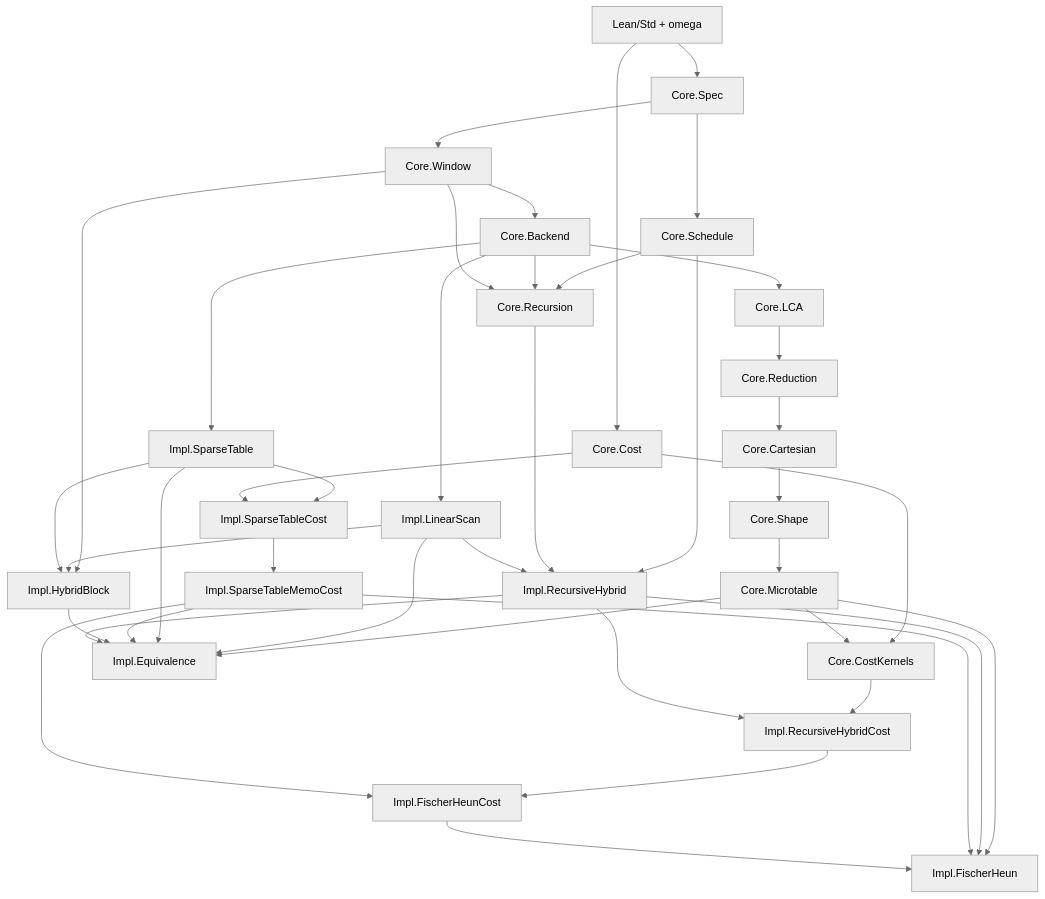
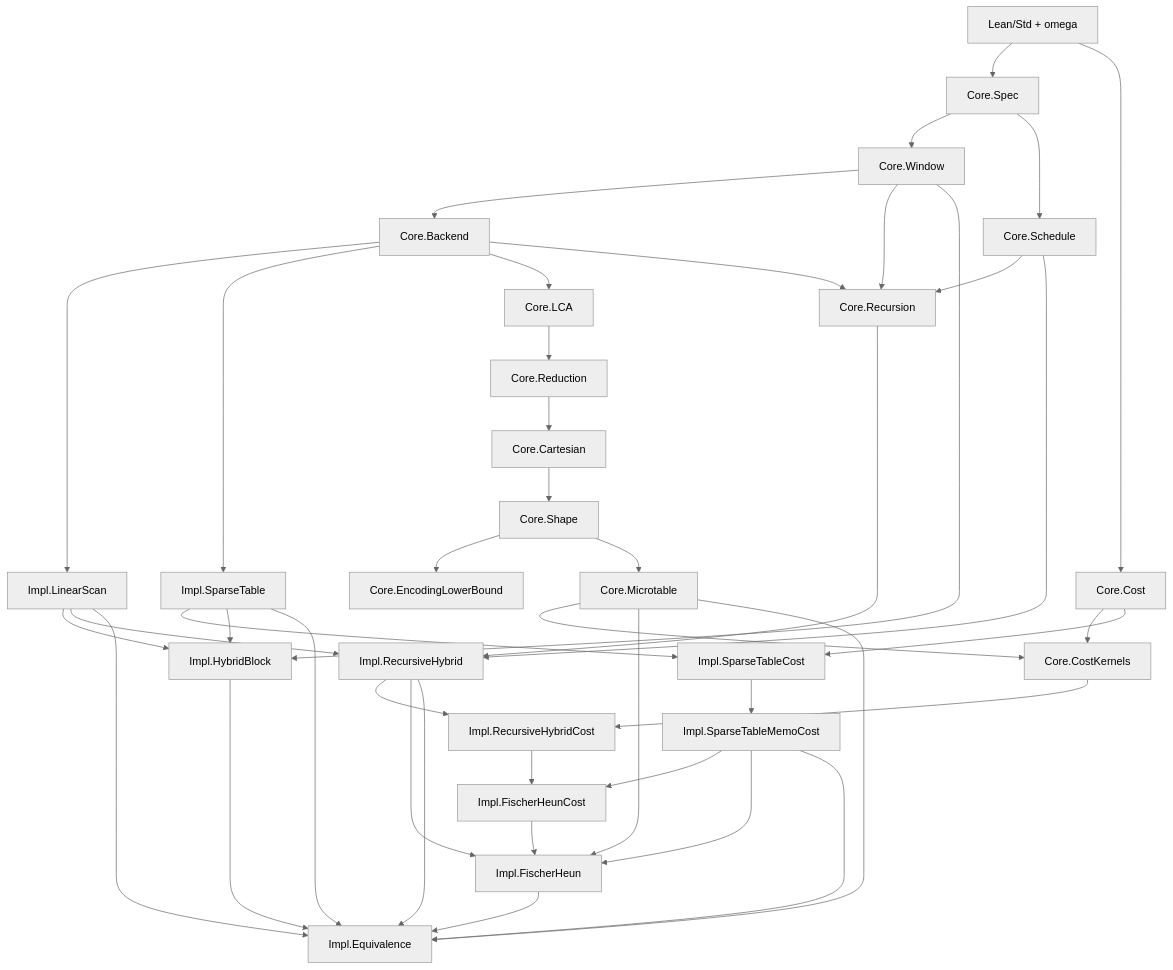
The diagram in docs/FAMILY_SUMMARY.md (patternscientist/rmq), drawn with Mermaid (neutral theme) before and after one commit. The commit also changed other lines of this file and 4 other files, not shown here.

Commit message:
Add Fischer-Heun equivalence and encoding lower-bound scaffold

````diff
--- a/docs/FAMILY_SUMMARY.md
+++ b/docs/FAMILY_SUMMARY.md
@@ -32,56 +35,58 @@
 ```mermaid
 flowchart TD
   Std["Lean/Std + omega"]
 
   Std --> Spec["Core.Spec"]
   Std --> Cost["Core.Cost"]
 
   Spec --> Window["Core.Window"]
   Window --> Backend["Core.Backend"]
   Spec --> Schedule["Core.Schedule"]
 
   Backend --> LinearScan["Impl.LinearScan"]
   Backend --> SparseTable["Impl.SparseTable"]
   Backend --> LCA["Core.LCA"]
   LCA --> Reduction["Core.Reduction"]
   Reduction --> Cartesian["Core.Cartesian"]
   Cartesian --> Shape["Core.Shape"]
+  Shape --> EncodingLowerBound["Core.EncodingLowerBound"]
   Shape --> Microtable["Core.Microtable"]
 
   Cost --> CostKernels["Core.CostKernels"]
   Microtable --> CostKernels
 
   Schedule --> Recursion["Core.Recursion"]
   Backend --> Recursion
   Window --> Recursion
 
   SparseTable --> SparseTableCost["Impl.SparseTableCost"]
   Cost --> SparseTableCost
   SparseTableCost --> SparseTableMemoCost["Impl.SparseTableMemoCost"]
 
   Window --> HybridBlock["Impl.HybridBlock"]
   LinearScan --> HybridBlock
   SparseTable --> HybridBlock
 
   Schedule --> RecursiveHybrid["Impl.RecursiveHybrid"]
   Recursion --> RecursiveHybrid
   LinearScan --> RecursiveHybrid
 
   CostKernels --> RecursiveHybridCost["Impl.RecursiveHybridCost"]
   RecursiveHybrid --> RecursiveHybridCost
 
   RecursiveHybridCost --> FischerHeunCost["Impl.FischerHeunCost"]
   SparseTableMemoCost --> FischerHeunCost
 
   Microtable --> FischerHeun["Impl.FischerHeun"]
   RecursiveHybrid --> FischerHeun
   SparseTableMemoCost --> FischerHeun
   FischerHeunCost --> FischerHeun
 
   Microtable --> Equivalence["Impl.Equivalence"]
   LinearScan --> Equivalence
   SparseTable --> Equivalence
   SparseTableMemoCost --> Equivalence
   HybridBlock --> Equivalence
   RecursiveHybrid --> Equivalence
+  FischerHeun --> Equivalence
 ```
````
